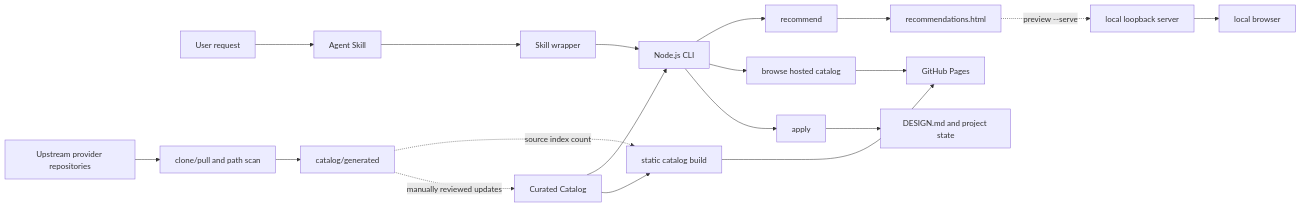
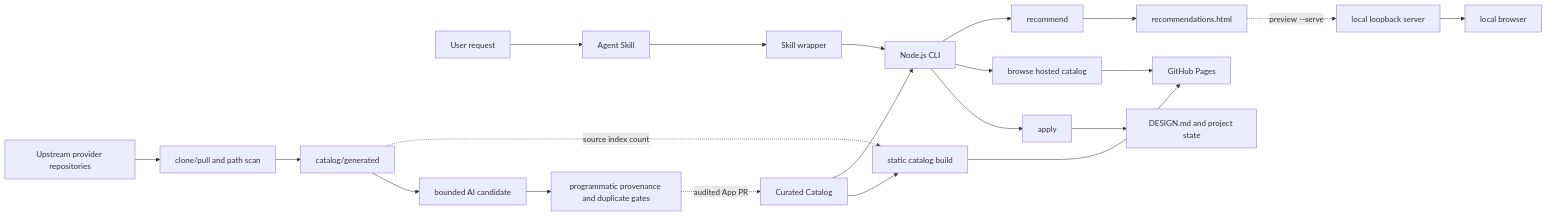
The diagram in docs/IMPLEMENTATION.md (coconilu/ai-ui-style-director), drawn with Mermaid before and after one commit. The commit also changed other lines of this file and 38 other files, not shown here.

````diff
--- a/docs/IMPLEMENTATION.md
+++ b/docs/IMPLEMENTATION.md
@@ -13,21 +13,23 @@
 ```mermaid
 flowchart LR
   U[User request] --> S[Agent Skill]
   S --> W[Skill wrapper]
   W --> C[Node.js CLI]
   K[Curated Catalog] --> C
   C --> R[recommend]
   C --> B[browse hosted catalog]
   C --> A[apply]
   R --> H[recommendations.html]
   H -. preview --serve .-> L[local loopback server]
   L --> V[local browser]
   K --> X[static catalog build]
   X --> PAGES[GitHub Pages]
   B --> PAGES
   A --> D[DESIGN.md and project state]
   P[Upstream provider repositories] --> G[clone/pull and path scan]
   G --> I[catalog/generated]
   I -. source index count .-> X
-  I -. manually reviewed updates .-> K
+  I --> Q[bounded AI candidate]
+  Q --> T[programmatic provenance and duplicate gates]
+  T -. audited App PR .-> K
 ```
````
